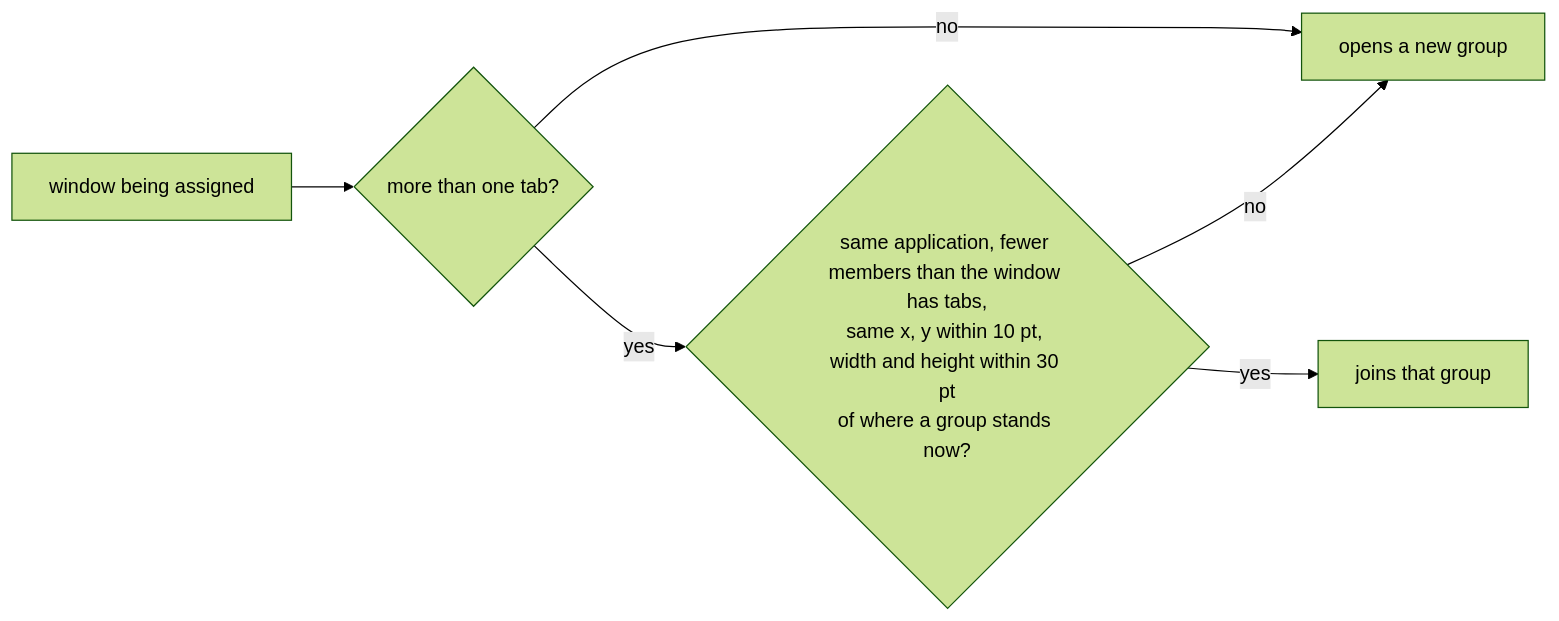
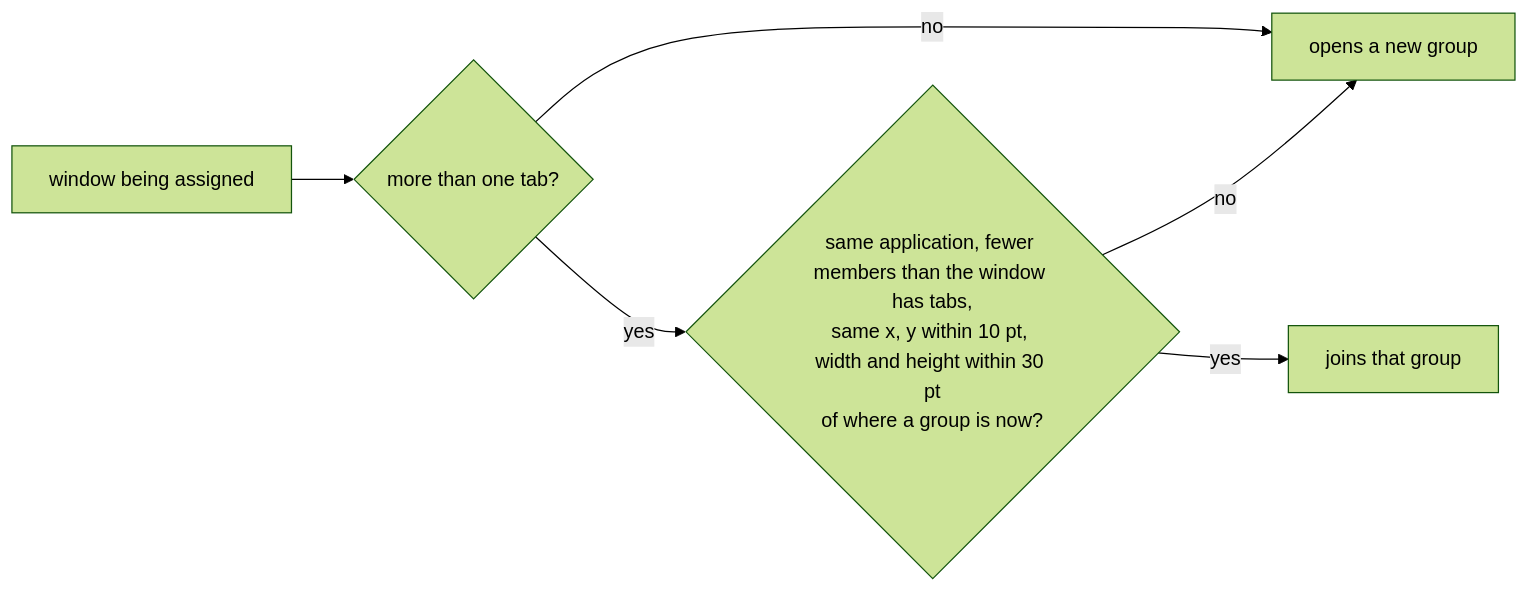
Before and after one commit to brennovich/ottowm: diagram 19 of 19 in ARCHITECTURE.md, drawn with Mermaid (forest theme). The commit also changed other lines of this file and 52 other files, not shown here.

````diff
--- a/ARCHITECTURE.md
+++ b/ARCHITECTURE.md
@@ -450,8 +450,8 @@
 ```mermaid
 flowchart LR
     win[window being assigned] --> tabs{more than one tab?}
     tabs -->|no| own["opens a new group"]
-    tabs -->|yes| match{"same application, fewer members than the window has tabs,<br/>same x, y within 10 pt, width and height within 30 pt<br/>of where a group stands now?"}
+    tabs -->|yes| match{"same application, fewer members than the window has tabs,<br/>same x, y within 10 pt, width and height within 30 pt<br/>of where a group is now?"}
     match -->|yes| join[joins that group]
     match -->|no| own
 ```
````
